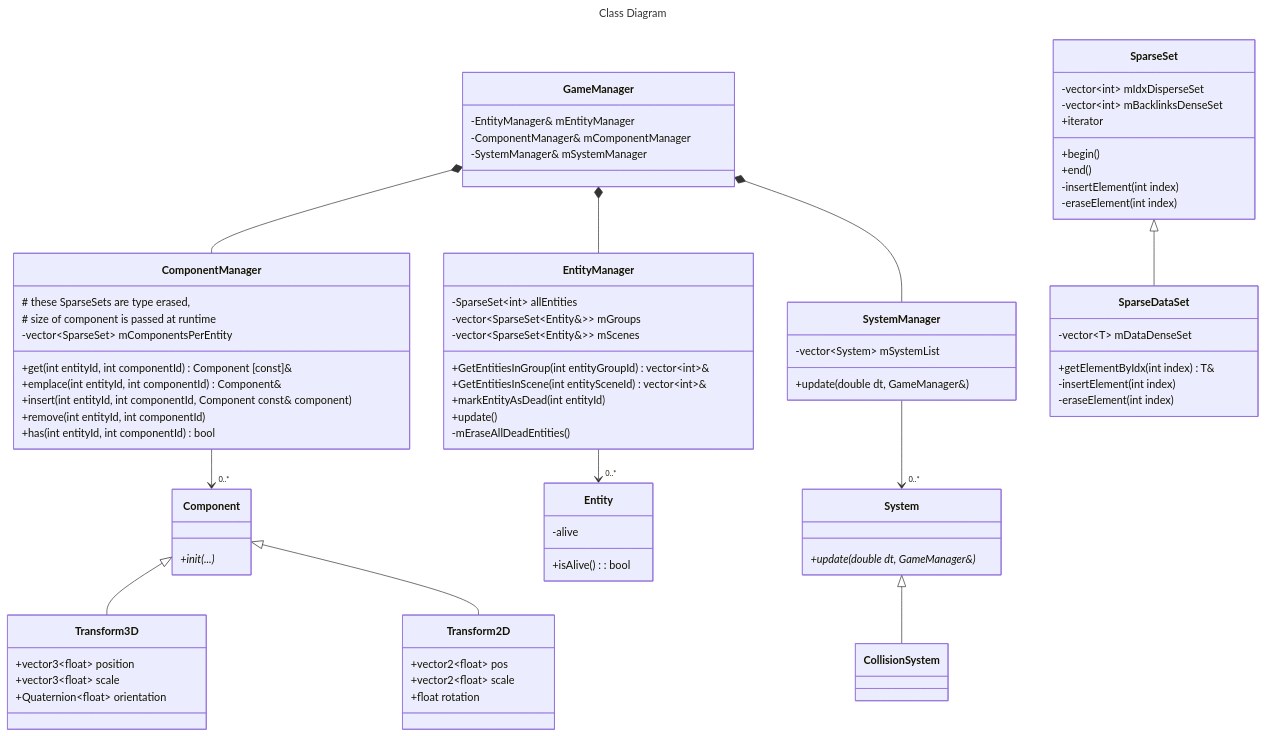
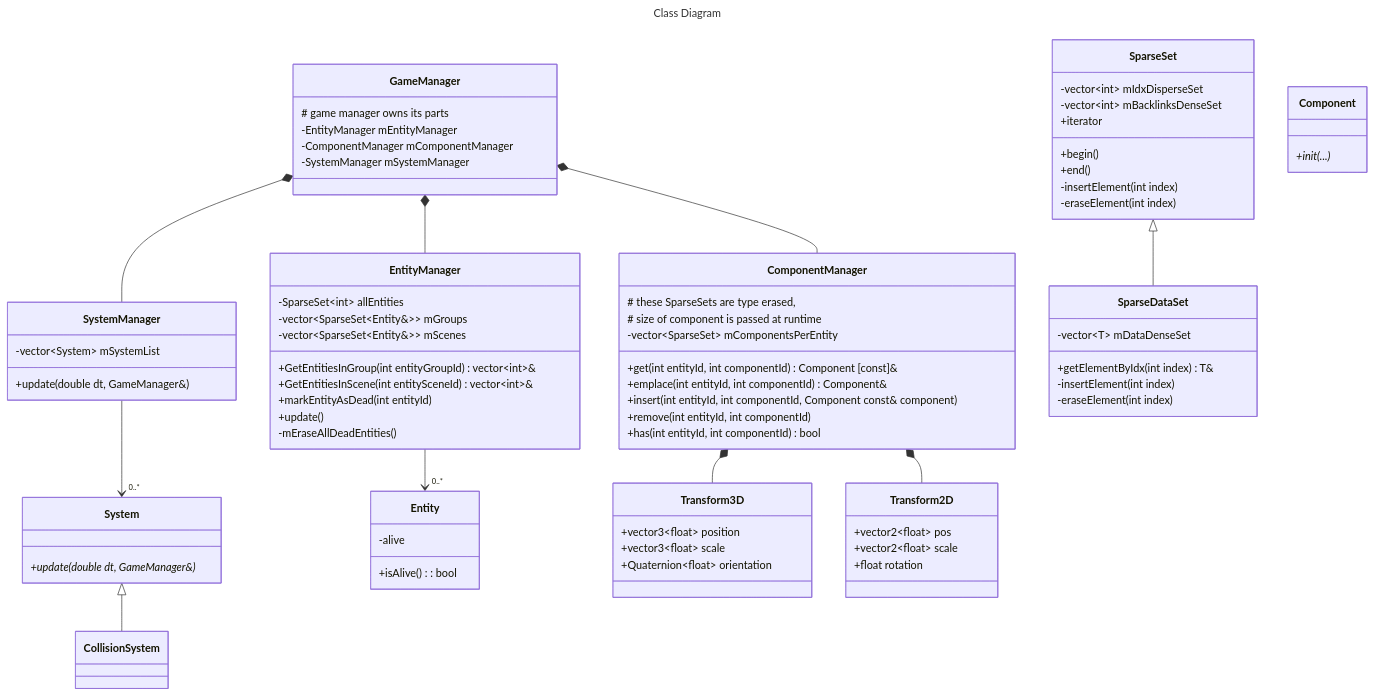
One commit to IzanDeVegaLopez/Proyectos3_GDV_2025_26 changed the second of 2 diagrams in documentation/architecture.md. Above: the diagram before and after it, drawn with Mermaid. The commit also changed other lines of this file, not shown here.

Commit message:
Update architecture documentation for components
Refactor component relationships and clarify ownership in GameManager.

````diff
--- a/documentation/architecture.md
+++ b/documentation/architecture.md
@@ -34,81 +34,81 @@
 ```mermaid
 ---
 title: Class Diagram
 ---
 classDiagram
 	GameManager *-- EntityManager
 	GameManager *-- ComponentManager
 	GameManager *-- SystemManager
 	SystemManager --> "0..*" System
 	EntityManager --> "0..*" Entity
-	ComponentManager --> "0..*" Component
-	Component <|-- Transform3D  
-	Component <|-- Transform2D
+	ComponentManager *-- Transform3D  
+	ComponentManager *-- Transform2D
 	System <|-- CollisionSystem
 	SparseSet <|-- SparseDataSet
 	class Entity{
 		-alive
 		+isAlive() : bool
 	}
 	class Component{
 		+init(...)*
 	}
 	class SystemManager{
 		-vector~System~ mSystemList
 		+update(double dt, GameManager&)
 	}
 	class System{
 		+update(double dt, GameManager&)*
 	}
 	class ComponentManager{
 		# these SparseSets are type erased,
 		# size of component is passed at runtime
 		-vector~SparseSet~ mComponentsPerEntity
 
 		+get<Component>(int entityId, int componentId) Component [const]&
 		+emplace<Component>(int entityId, int componentId) Component&
 		+insert<Component>(int entityId, int componentId, Component const& component)
 		+remove<Component>(int entityId, int componentId)
 		+has<Component>(int entityId, int componentId) bool
 	}
 	class GameManager{
-		-EntityManager& mEntityManager
-		-ComponentManager& mComponentManager
-		-SystemManager& mSystemManager
+		# game manager owns its parts
+		-EntityManager mEntityManager
+		-ComponentManager mComponentManager
+		-SystemManager mSystemManager
 	}
     class EntityManager{
         -SparseSet~int~ allEntities
 		-vector~SparseSet~Entity&~~ mGroups
 		-vector~SparseSet~Entity&~~ mScenes
 		+GetEntitiesInGroup(int entityGroupId) vector~int~&
 		+GetEntitiesInScene(int entitySceneId) vector~int~&
 		+markEntityAsDead(int entityId)
 		+update()
 		-mEraseAllDeadEntities()
     }
 	class SparseSet{
 		-vector~int~ mIdxDisperseSet
 		-vector~int~ mBacklinksDenseSet
 		+iterator
 		+begin()
 		+end()
 		-insertElement(int index)
 		-eraseElement(int index)
 	}
     class SparseDataSet~T~{
 		-vector~T~ mDataDenseSet
 		+getElementByIdx(int index) T&
 		-insertElement(int index)
 		-eraseElement(int index)
     }
 	class Transform3D{
 		+vector3~float~ position
 		+vector3~float~ scale
 		+Quaternion~float~ orientation
 	}
 	class Transform2D{
 		+vector2~float~ pos
 		+vector2~float~ scale
 		+float rotation
 	}
 ```
````
